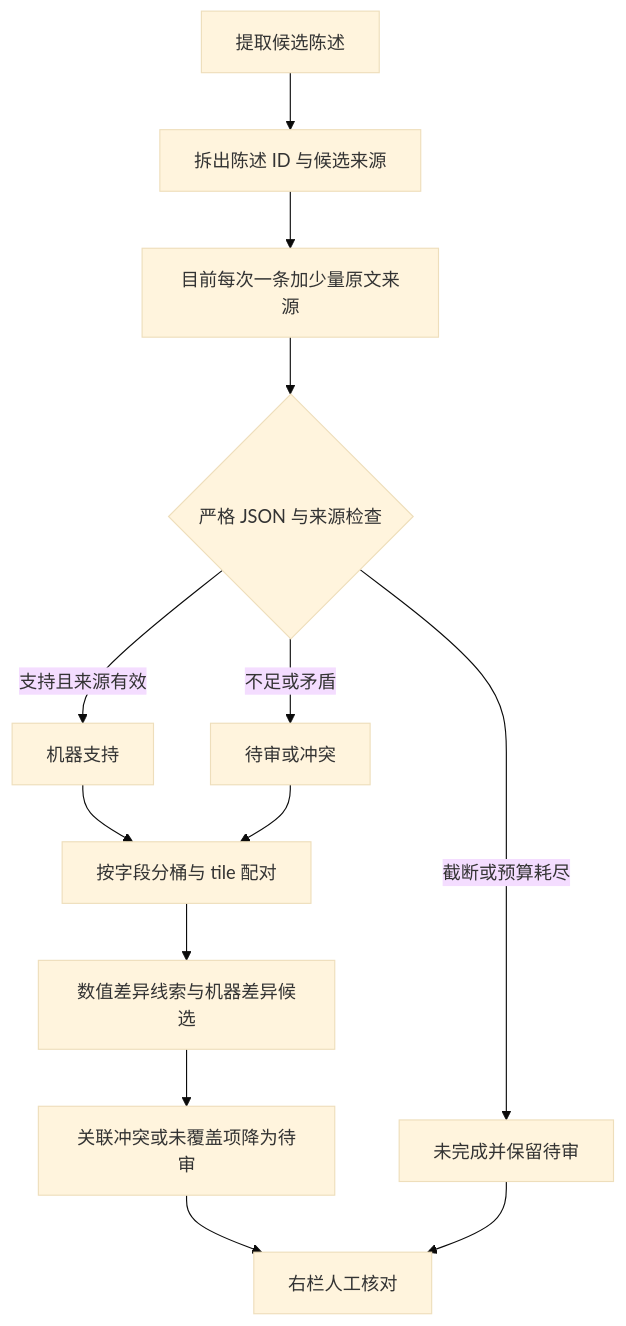
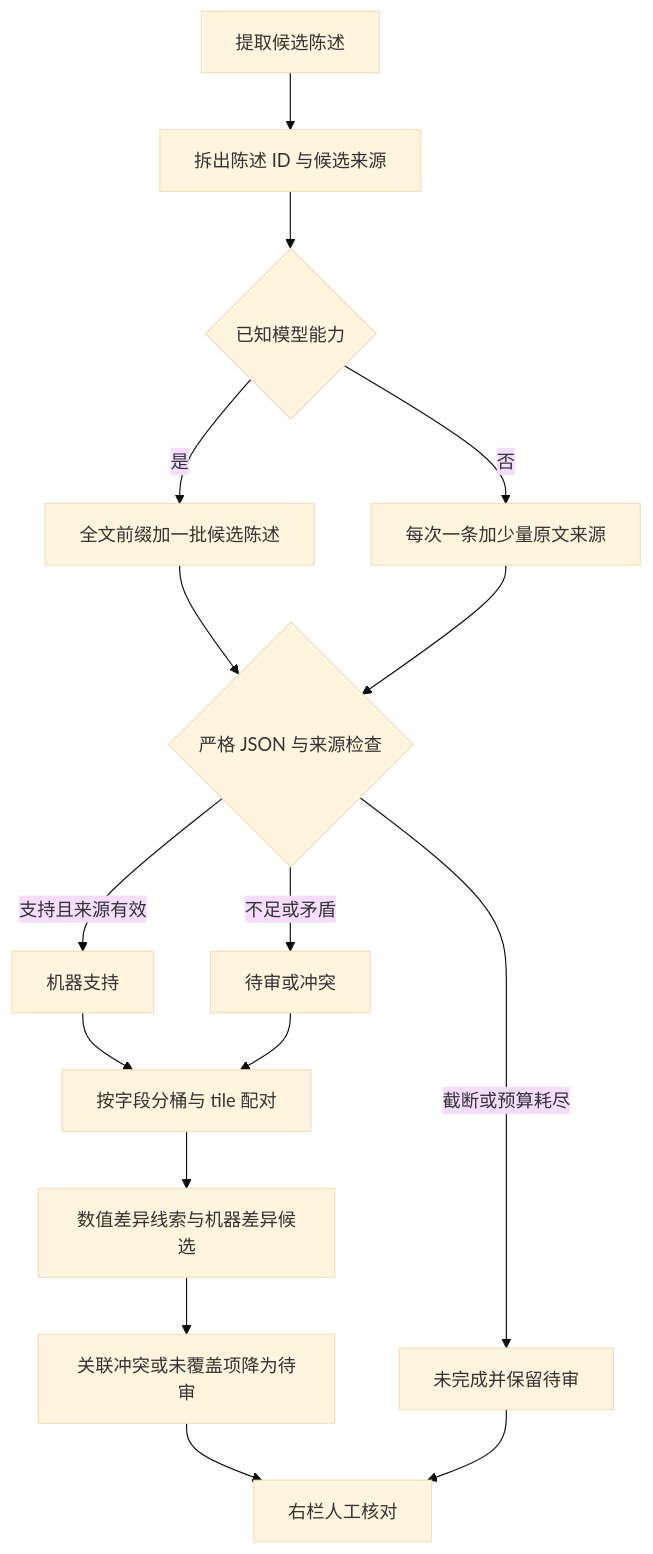
One commit to kingjone0/litprism changed the third of 3 diagrams in docs/modules/03-阅读提取与协作审核.md. Above: the diagram before and after it, drawn with Mermaid (base theme). The commit also changed other lines of this file and 48 other files, not shown here.

````diff
--- a/docs/modules/03-阅读提取与协作审核.md
+++ b/docs/modules/03-阅读提取与协作审核.md
@@ -78,15 +81,18 @@
 ```mermaid
 flowchart TD
     A[提取候选陈述] --> B[拆出陈述 ID 与候选来源]
-    B --> C[目前每次一条加少量原文来源]
+    B --> CAP{已知模型能力}
+    CAP -->|是| C[全文前缀加一批候选陈述]
+    CAP -->|否| LEGACY[每次一条加少量原文来源]
     C --> D{严格 JSON 与来源检查}
+    LEGACY --> D
     D -->|支持且来源有效| S[机器支持]
     D -->|不足或矛盾| P[待审或冲突]
     D -->|截断或预算耗尽| U[未完成并保留待审]
     S --> X[按字段分桶与 tile 配对]
     P --> X
     X --> Y[数值差异线索与机器差异候选]
     Y --> Z[关联冲突或未覆盖项降为待审]
     Z --> H[右栏人工核对]
     U --> H
 ```
````
